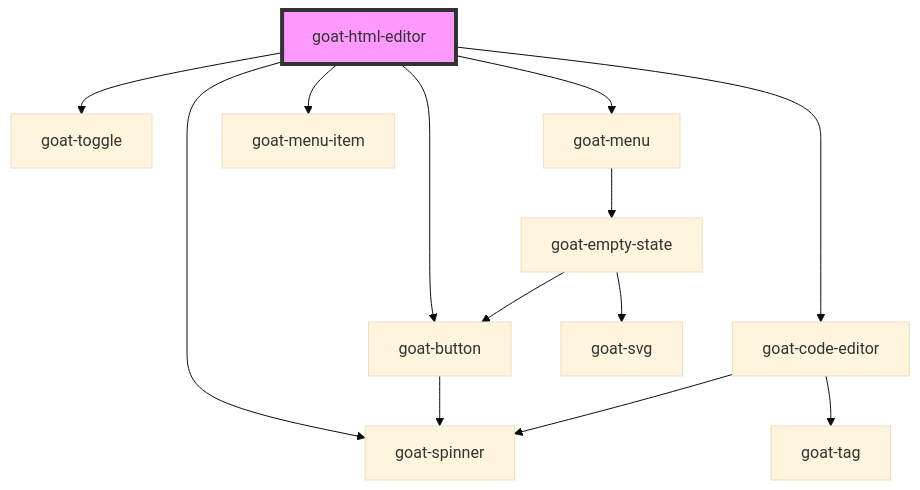
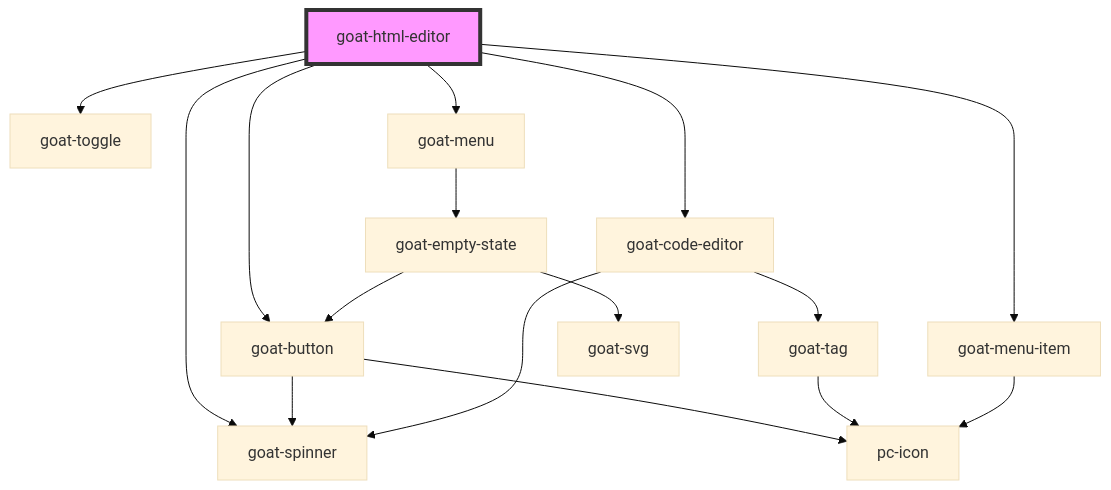
One commit to redvars/peacock changed the diagram in src/components/input-controls/html-editor/readme.md. Above: the diagram before and after it, drawn with Mermaid (base theme). The commit also changed 64 other files, not shown here.

Commit message:
icon migrate from goat to peacock

````diff
--- a/src/components/input-controls/html-editor/readme.md
+++ b/src/components/input-controls/html-editor/readme.md
@@ -84,16 +84,19 @@
 ```mermaid
 graph TD;
   goat-html-editor --> goat-button
   goat-html-editor --> goat-spinner
   goat-html-editor --> goat-code-editor
   goat-html-editor --> goat-toggle
   goat-html-editor --> goat-menu
   goat-html-editor --> goat-menu-item
   goat-button --> goat-spinner
+  goat-button --> pc-icon
   goat-code-editor --> goat-tag
   goat-code-editor --> goat-spinner
+  goat-tag --> pc-icon
   goat-menu --> goat-empty-state
   goat-empty-state --> goat-svg
   goat-empty-state --> goat-button
+  goat-menu-item --> pc-icon
   style goat-html-editor fill:#f9f,stroke:#333,stroke-width:4px
 ```
````
